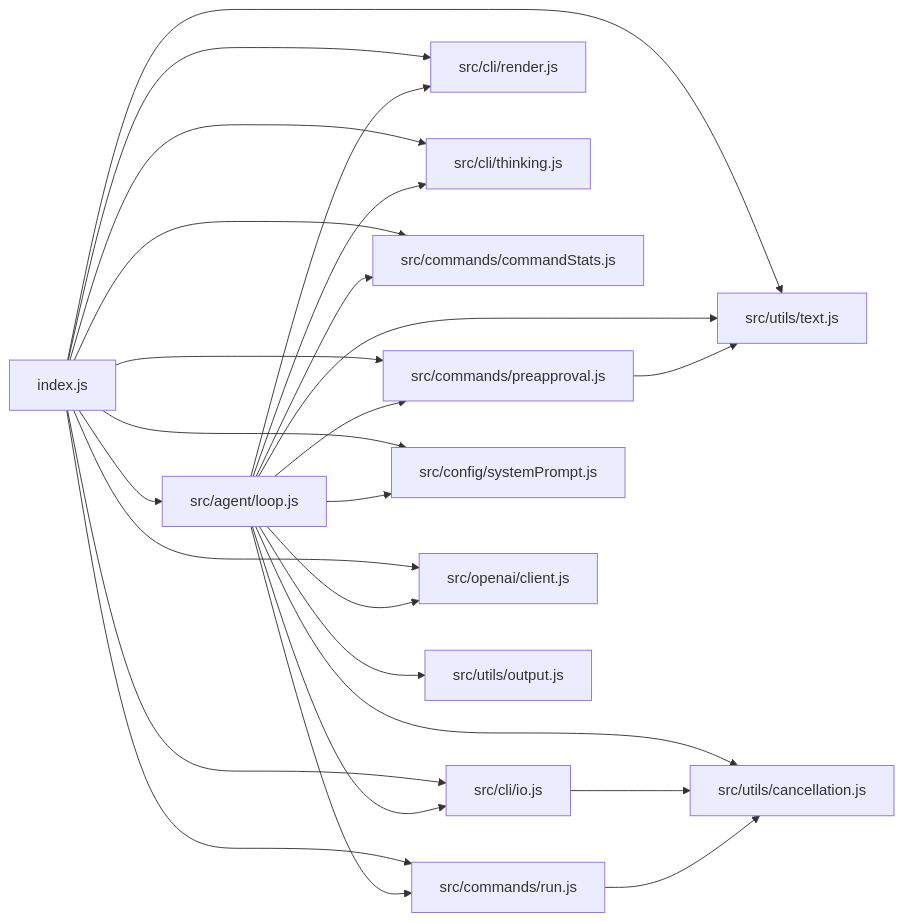
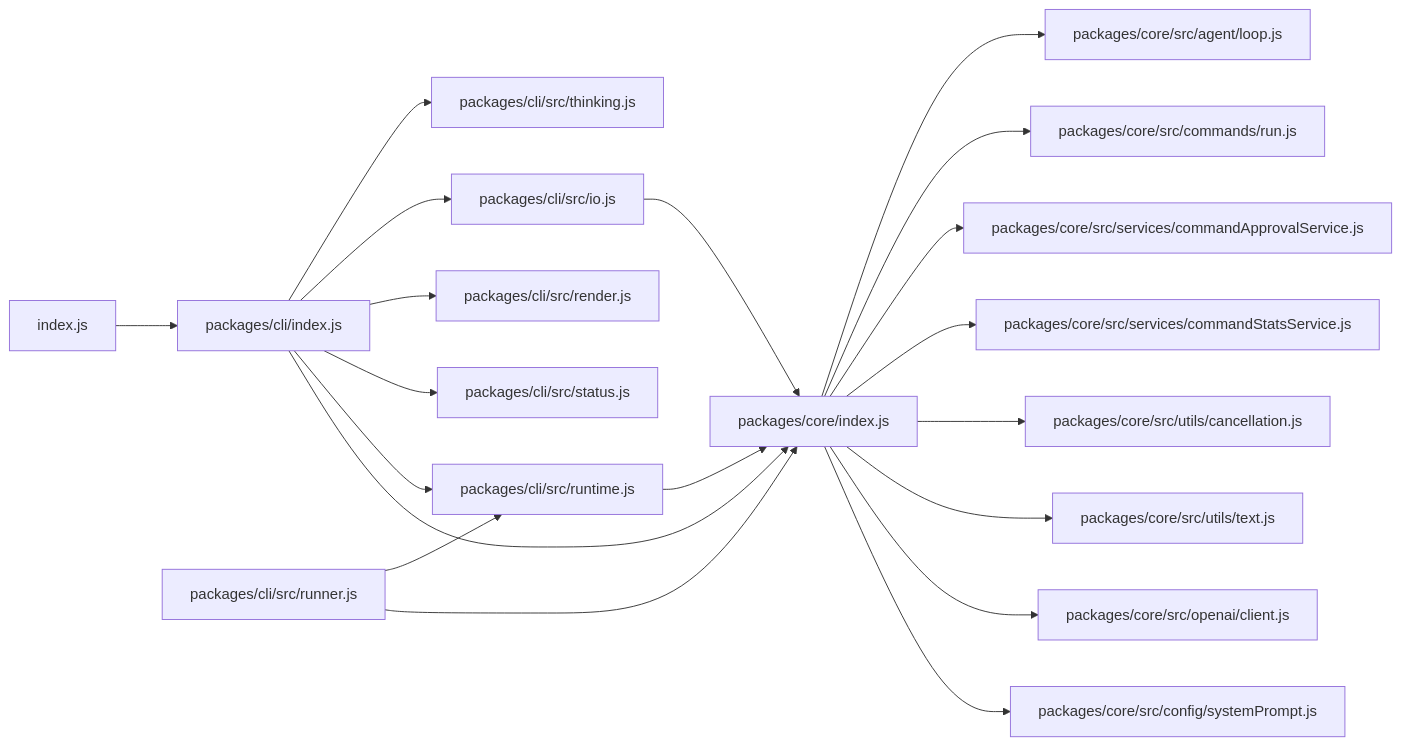
The diagram in docs/js-dependency-graph.md (asynkron/OpenAgent), drawn with Mermaid before and after one commit. The commit also changed other lines of this file and 135 other files, not shown here.

Commit message:
Split CLI and core into workspace packages

````diff
--- a/docs/js-dependency-graph.md
+++ b/docs/js-dependency-graph.md
@@ -5,27 +5,22 @@
 ```mermaid
 graph LR
-  index_js["index.js"] --> src_agent_loop_js["src/agent/loop.js"]
-  index_js --> src_cli_io_js["src/cli/io.js"]
-  index_js --> src_cli_render_js["src/cli/render.js"]
-  index_js --> src_cli_thinking_js["src/cli/thinking.js"]
-  index_js --> src_commands_commandStats_js["src/commands/commandStats.js"]
-  index_js --> src_commands_preapproval_js["src/commands/preapproval.js"]
-  index_js --> src_commands_run_js["src/commands/run.js"]
-  index_js --> src_config_systemPrompt_js["src/config/systemPrompt.js"]
-  index_js --> src_openai_client_js["src/openai/client.js"]
-  index_js --> src_utils_text_js["src/utils/text.js"]
-  src_agent_loop_js --> src_cli_io_js
-  src_agent_loop_js --> src_cli_render_js
-  src_agent_loop_js --> src_cli_thinking_js
-  src_agent_loop_js --> src_commands_commandStats_js
-  src_agent_loop_js --> src_commands_preapproval_js
-  src_agent_loop_js --> src_commands_run_js
-  src_agent_loop_js --> src_config_systemPrompt_js
-  src_agent_loop_js --> src_openai_client_js
-  src_agent_loop_js --> src_utils_cancellation_js["src/utils/cancellation.js"]
-  src_agent_loop_js --> src_utils_output_js["src/utils/output.js"]
-  src_agent_loop_js --> src_utils_text_js
-  src_cli_io_js --> src_utils_cancellation_js
-  src_commands_preapproval_js --> src_utils_text_js
-  src_commands_run_js --> src_utils_cancellation_js
+  root_index["index.js"] --> cli_index["packages/cli/index.js"]
+  cli_index --> cli_thinking["packages/cli/src/thinking.js"]
+  cli_index --> cli_io["packages/cli/src/io.js"]
+  cli_index --> cli_render["packages/cli/src/render.js"]
+  cli_index --> cli_status["packages/cli/src/status.js"]
+  cli_index --> cli_runtime["packages/cli/src/runtime.js"]
+  cli_index --> core_index["packages/core/index.js"]
+  cli_runtime --> core_index
+  cli_runner["packages/cli/src/runner.js"] --> cli_runtime
+  cli_runner --> core_index
+  cli_io --> core_index
+  core_index --> core_agent_loop["packages/core/src/agent/loop.js"]
+  core_index --> core_commands_run["packages/core/src/commands/run.js"]
+  core_index --> core_services_approval["packages/core/src/services/commandApprovalService.js"]
+  core_index --> core_services_stats["packages/core/src/services/commandStatsService.js"]
+  core_index --> core_utils_cancellation["packages/core/src/utils/cancellation.js"]
+  core_index --> core_utils_text["packages/core/src/utils/text.js"]
+  core_index --> core_openai_client["packages/core/src/openai/client.js"]
+  core_index --> core_config_prompt["packages/core/src/config/systemPrompt.js"]
 ```
````
